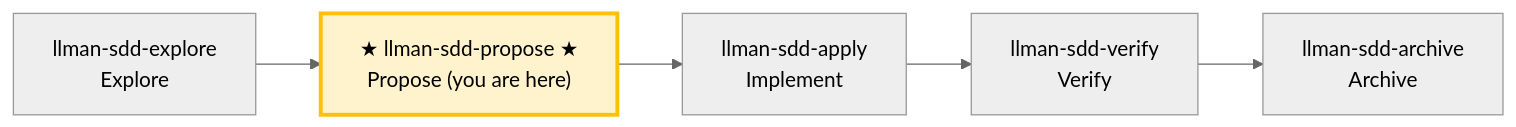
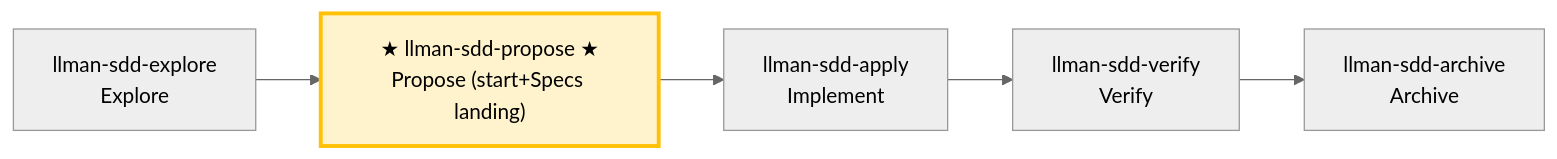
One commit to StrayDragon/llman changed the diagram in templates/sdd/en/skills/llman-sdd-propose.md. Above: the diagram before and after it, drawn with Mermaid (neutral theme). The commit also changed other lines of this file and 24 other files, not shown here.

First line of the commit message:
doc(sdd): hygiene skill templates — drop repo req tags, add git-native mermaid

````diff
--- a/templates/sdd/en/skills/llman-sdd-propose.md
+++ b/templates/sdd/en/skills/llman-sdd-propose.md
@@ -17,10 +17,10 @@
 ```mermaid
 flowchart LR
     explore["llman-sdd-explore<br/>Explore"] --> propose
-    propose["★ llman-sdd-propose ★<br/>Propose (you are here)"]
+    propose["★ llman-sdd-propose ★<br/>Propose (start+Specs landing)"]
     propose --> apply["llman-sdd-apply<br/>Implement"]
     apply --> verify["llman-sdd-verify<br/>Verify"]
     verify --> archive["llman-sdd-archive<br/>Archive"]
 
     style propose fill:#fff3cd,stroke:#ffc107,stroke-width:3px
 ```
````
